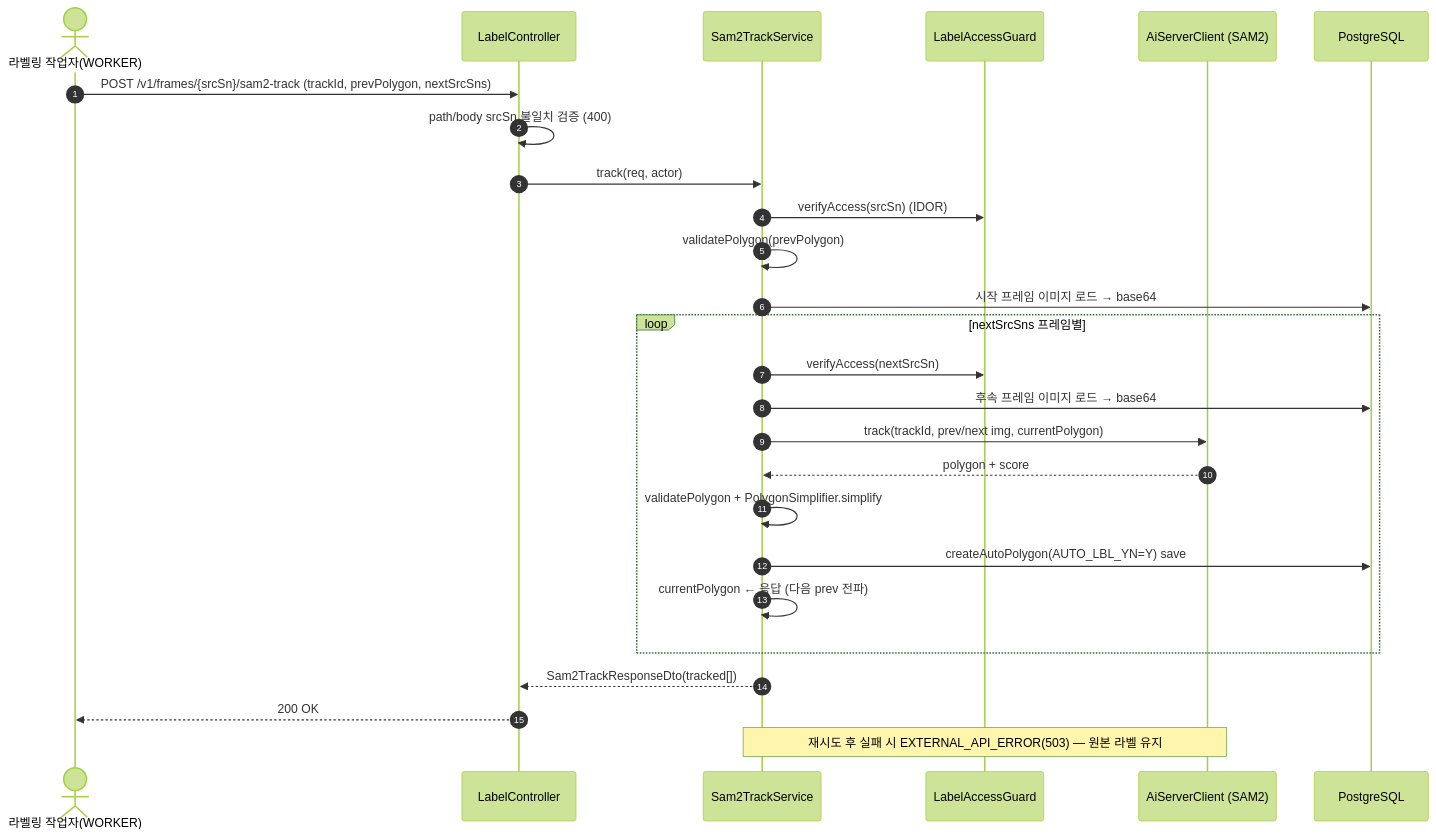
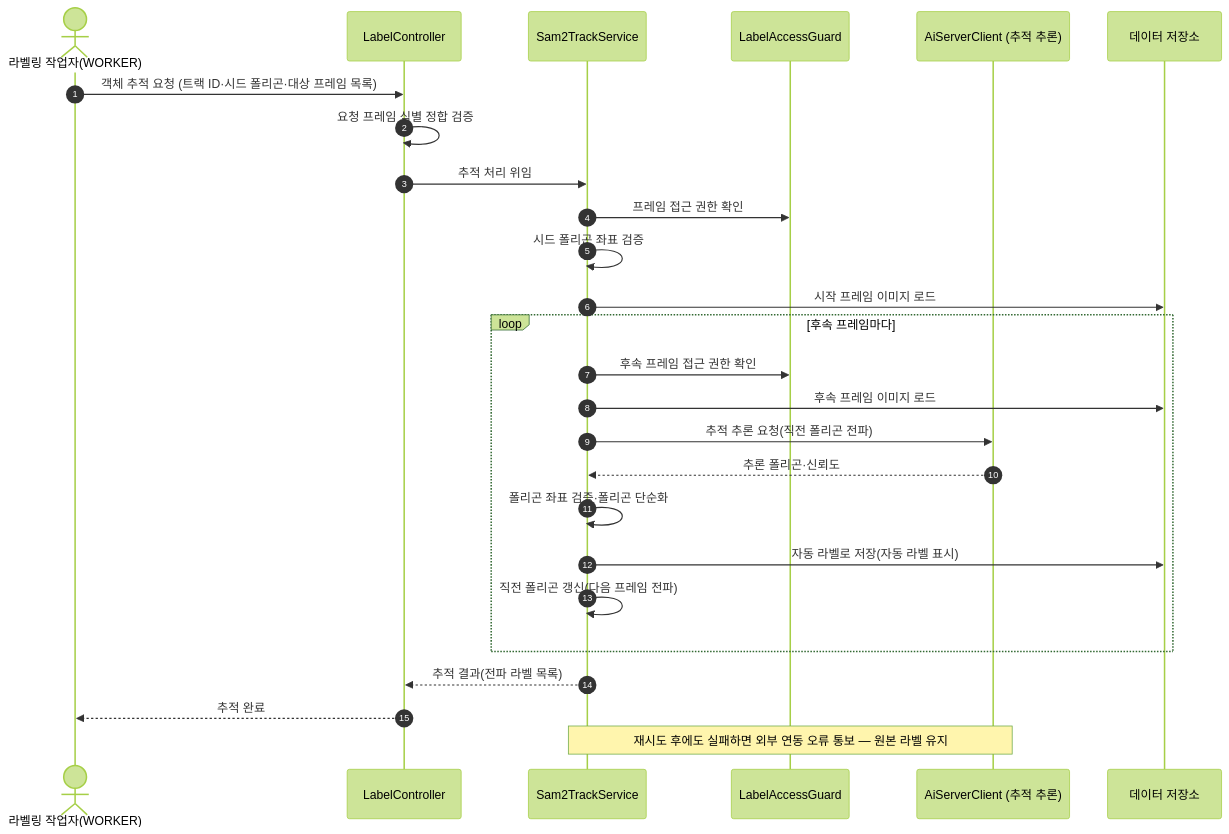
One commit to New-stella/klid-label changed the fourth of 26 diagrams in docs/design/D1-클래스설계서.md. Above: the diagram before and after it, drawn with Mermaid (forest theme). The commit also changed other lines of this file and 32 other files, not shown here.

````diff
--- a/docs/design/D1-클래스설계서.md
+++ b/docs/design/D1-클래스설계서.md
@@ -342,28 +317,28 @@
 ```mermaid
 sequenceDiagram
     autonumber
     actor WK as 라벨링 작업자(WORKER)
     participant LC as LabelController
     participant STS as Sam2TrackService
     participant AG as LabelAccessGuard
-    participant AI as AiServerClient (SAM2)
-    participant DB as PostgreSQL
-    WK->>LC: POST /v1/frames/{srcSn}/sam2-track (trackId, prevPolygon, nextSrcSns)
-    LC->>LC: path/body srcSn 불일치 검증 (400)
-    LC->>STS: track(req, actor)
-    STS->>AG: verifyAccess(srcSn) (IDOR)
-    STS->>STS: validatePolygon(prevPolygon)
-    STS->>DB: 시작 프레임 이미지 로드 → base64
-    loop nextSrcSns 프레임별
-        STS->>AG: verifyAccess(nextSrcSn)
-        STS->>DB: 후속 프레임 이미지 로드 → base64
-        STS->>AI: track(trackId, prev/next img, currentPolygon)
-        AI-->>STS: polygon + score
-        STS->>STS: validatePolygon + PolygonSimplifier.simplify
-        STS->>DB: createAutoPolygon(AUTO_LBL_YN=Y) save
-        STS->>STS: currentPolygon ← 응답 (다음 prev 전파)
+    participant AI as AiServerClient (추적 추론)
+    participant DB as 데이터 저장소
+    WK->>LC: 객체 추적 요청 (트랙 ID·시드 폴리곤·대상 프레임 목록)
+    LC->>LC: 요청 프레임 식별 정합 검증
+    LC->>STS: 추적 처리 위임
+    STS->>AG: 프레임 접근 권한 확인
+    STS->>STS: 시드 폴리곤 좌표 검증
+    STS->>DB: 시작 프레임 이미지 로드
+    loop 후속 프레임마다
+        STS->>AG: 후속 프레임 접근 권한 확인
+        STS->>DB: 후속 프레임 이미지 로드
+        STS->>AI: 추적 추론 요청(직전 폴리곤 전파)
+        AI-->>STS: 추론 폴리곤·신뢰도
+        STS->>STS: 폴리곤 좌표 검증·폴리곤 단순화
+        STS->>DB: 자동 라벨로 저장(자동 라벨 표시)
+        STS->>STS: 직전 폴리곤 갱신(다음 프레임 전파)
     end
-    STS-->>LC: Sam2TrackResponseDto(tracked[])
-    LC-->>WK: 200 OK
-    Note over STS,AI: 재시도 후 실패 시 EXTERNAL_API_ERROR(503) — 원본 라벨 유지
+    STS-->>LC: 추적 결과(전파 라벨 목록)
+    LC-->>WK: 추적 완료
+    Note over STS,AI: 재시도 후에도 실패하면 외부 연동 오류 통보 — 원본 라벨 유지
 ```
````
